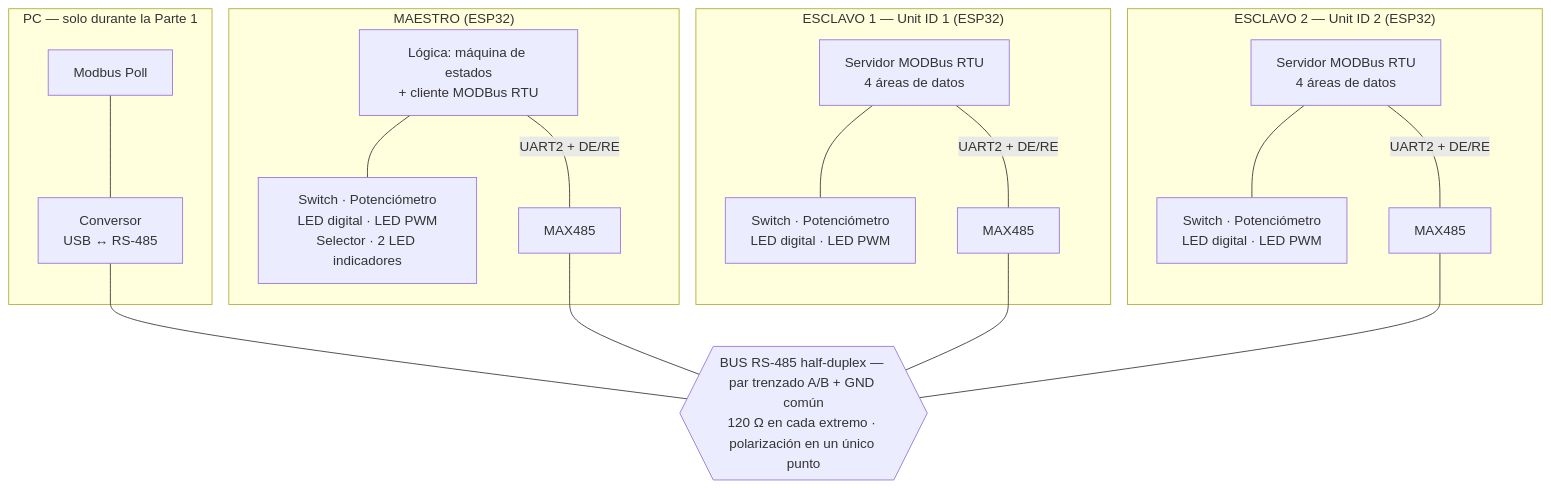
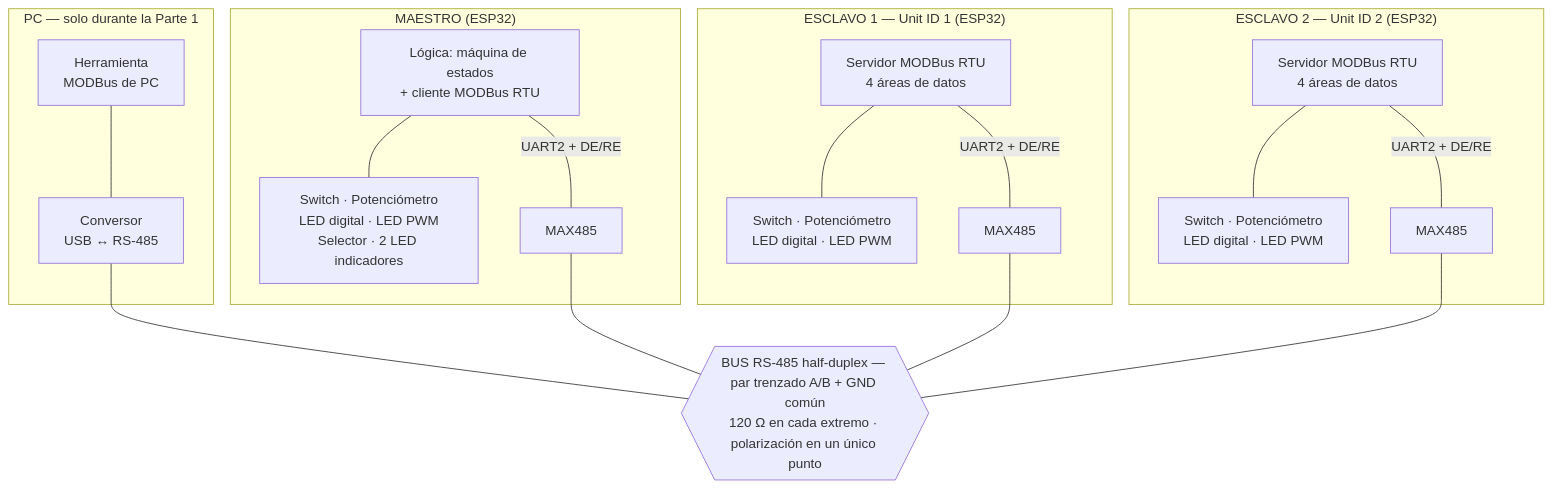
The diagram in tarea 1/docs/arquitectura.md (bevilacquafrancisco/protocolos-comunicaciones-industriales), drawn with Mermaid before and after one commit. The commit also changed other lines of this file and 17 other files, not shown here.

````diff
--- a/tarea 1/docs/arquitectura.md
+++ b/tarea 1/docs/arquitectura.md
@@ -66,37 +87,37 @@
 ```mermaid
 flowchart TB
     subgraph PC["PC — solo durante la Parte 1"]
-        MP["Modbus Poll"] --- USB["Conversor<br/>USB ↔ RS-485"]
+        MP["Herramienta<br/>MODBus de PC"] --- USB["Conversor<br/>USB ↔ RS-485"]
     end
 
     subgraph MAESTRO["MAESTRO (ESP32)"]
         MLOG["Lógica: máquina de estados<br/>+ cliente MODBus RTU"]
         MPER["Switch · Potenciómetro<br/>LED digital · LED PWM<br/>Selector · 2 LED indicadores"]
         MTRX["MAX485"]
         MLOG --- MPER
         MLOG ---|"UART2 + DE/RE"| MTRX
     end
 
     subgraph ESC1["ESCLAVO 1 — Unit ID 1 (ESP32)"]
         E1LOG["Servidor MODBus RTU<br/>4 áreas de datos"]
         E1PER["Switch · Potenciómetro<br/>LED digital · LED PWM"]
         E1TRX["MAX485"]
         E1LOG --- E1PER
         E1LOG ---|"UART2 + DE/RE"| E1TRX
     end
 
     subgraph ESC2["ESCLAVO 2 — Unit ID 2 (ESP32)"]
         E2LOG["Servidor MODBus RTU<br/>4 áreas de datos"]
         E2PER["Switch · Potenciómetro<br/>LED digital · LED PWM"]
         E2TRX["MAX485"]
         E2LOG --- E2PER
         E2LOG ---|"UART2 + DE/RE"| E2TRX
     end
 
     BUS{{"BUS RS-485 half-duplex — par trenzado A/B + GND común<br/>120 Ω en cada extremo · polarización en un único punto"}}
 
     USB --- BUS
     MTRX --- BUS
     E1TRX --- BUS
     E2TRX --- BUS
 ```
````
